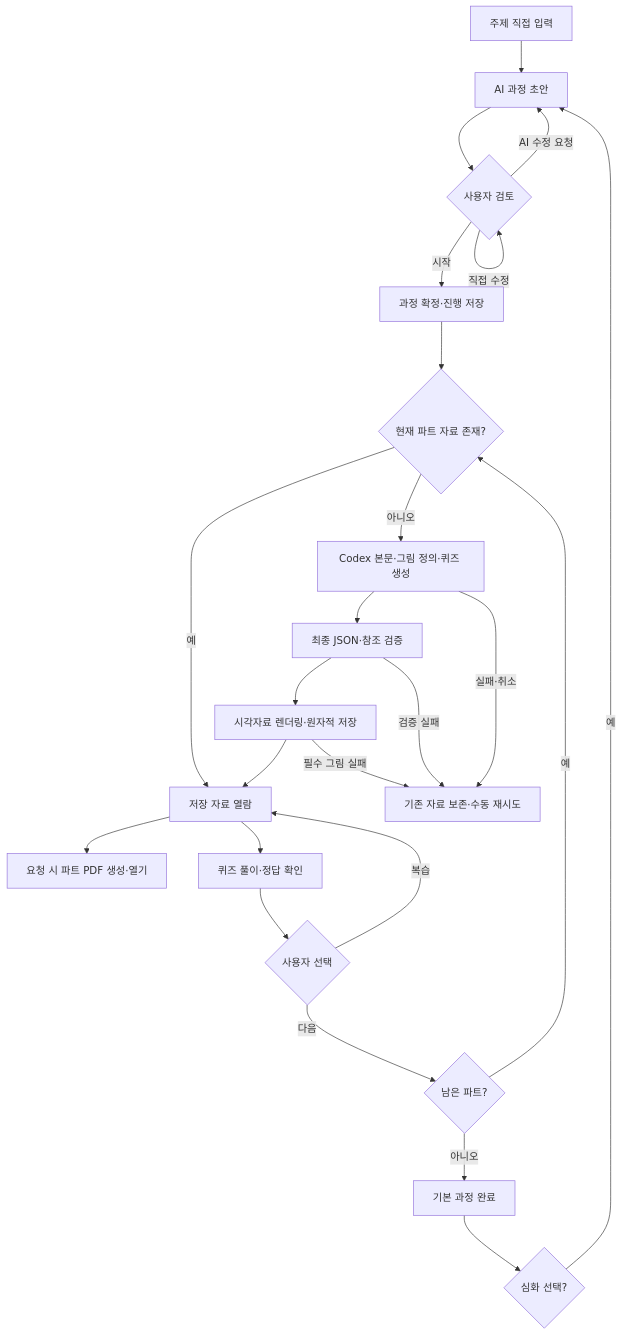
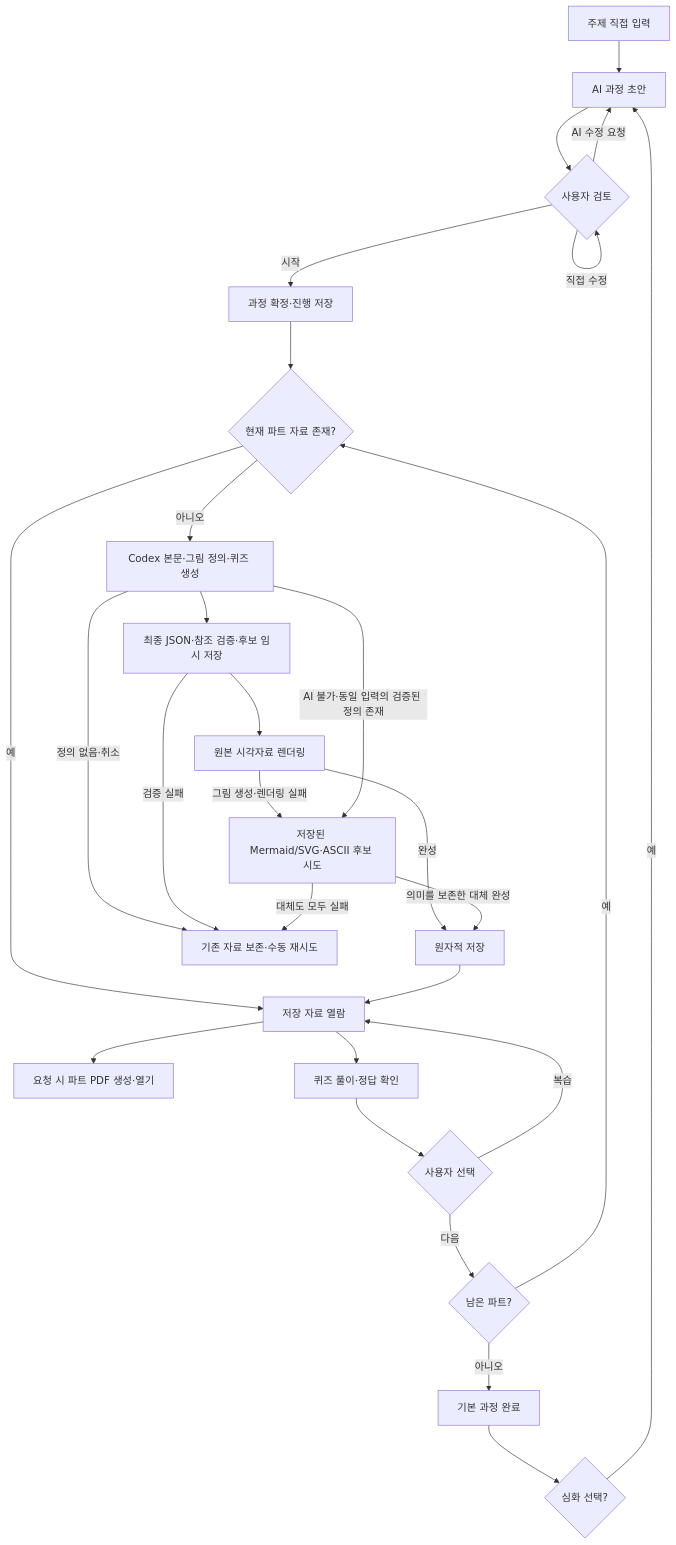
Before and after one commit to zzoe2346/study-tui: the second of 2 diagrams in docs/lld.md, drawn with Mermaid. The commit also changed other lines of this file and 1 other file, not shown here.

First line of the commit message:
docs(lld): ASCII 도식과 시각자료 대체 흐름 추가

````diff
--- a/docs/lld.md
+++ b/docs/lld.md
@@ -83,26 +111,30 @@
 ```mermaid
 flowchart TD
     A[주제 직접 입력] --> B[AI 과정 초안]
     B --> C{사용자 검토}
     C -->|직접 수정| C
     C -->|AI 수정 요청| B
     C -->|시작| D[과정 확정·진행 저장]
     D --> E{현재 파트 자료 존재?}
     E -->|예| I[저장 자료 열람]
     E -->|아니오| F[Codex 본문·그림 정의·퀴즈 생성]
-    F --> G[최종 JSON·참조 검증]
-    G --> H[시각자료 렌더링·원자적 저장]
-    H --> I
-    F -->|실패·취소| X[기존 자료 보존·수동 재시도]
+    F --> G[최종 JSON·참조 검증·후보 임시 저장]
+    G --> H[원본 시각자료 렌더링]
+    H -->|완성| Z[원자적 저장]
+    Z --> I
+    H -->|그림 생성·렌더링 실패| Y[저장된 Mermaid/SVG·ASCII 후보 시도]
+    Y -->|의미를 보존한 대체 완성| Z
+    F -->|정의 없음·취소| X[기존 자료 보존·수동 재시도]
+    F -->|AI 불가·동일 입력의 검증된 정의 존재| Y
     G -->|검증 실패| X
-    H -->|필수 그림 실패| X
+    Y -->|대체도 모두 실패| X
     I --> P[요청 시 파트 PDF 생성·열기]
     I --> J[퀴즈 풀이·정답 확인]
     J --> K{사용자 선택}
     K -->|복습| I
     K -->|다음| L{남은 파트?}
     L -->|예| E
     L -->|아니오| M[기본 과정 완료]
     M --> N{심화 선택?}
     N -->|예| B
 ```
````
